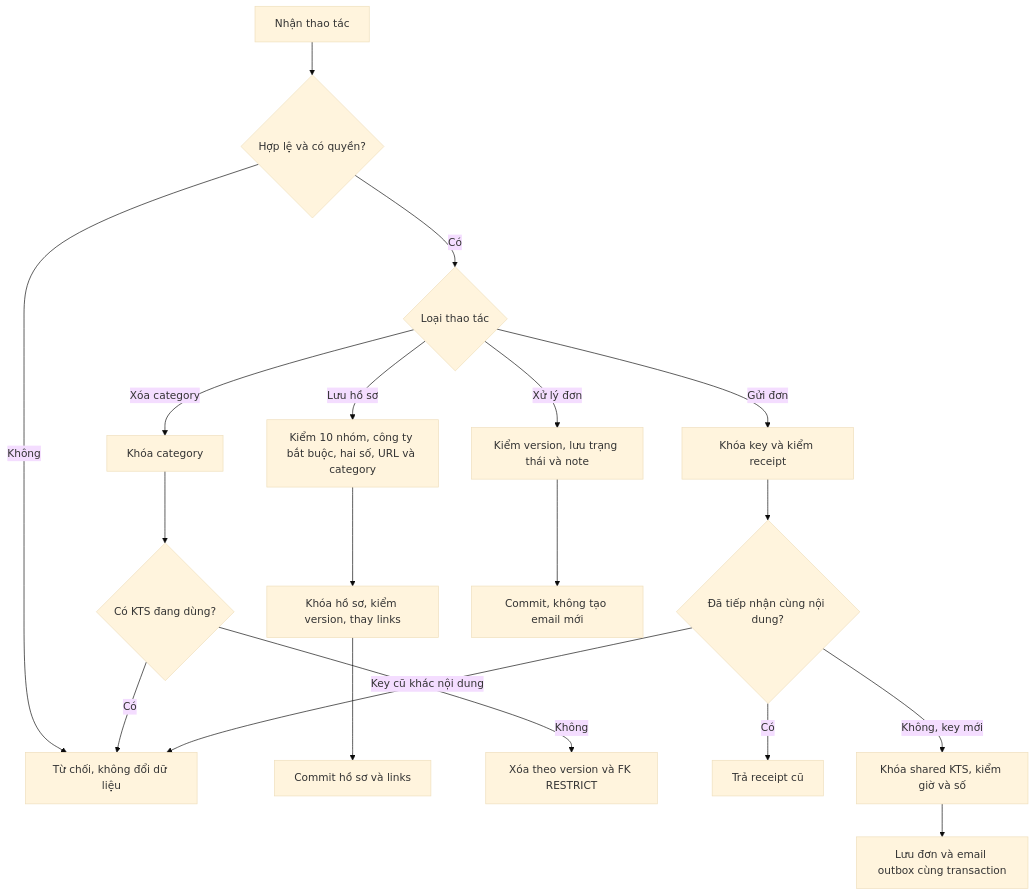
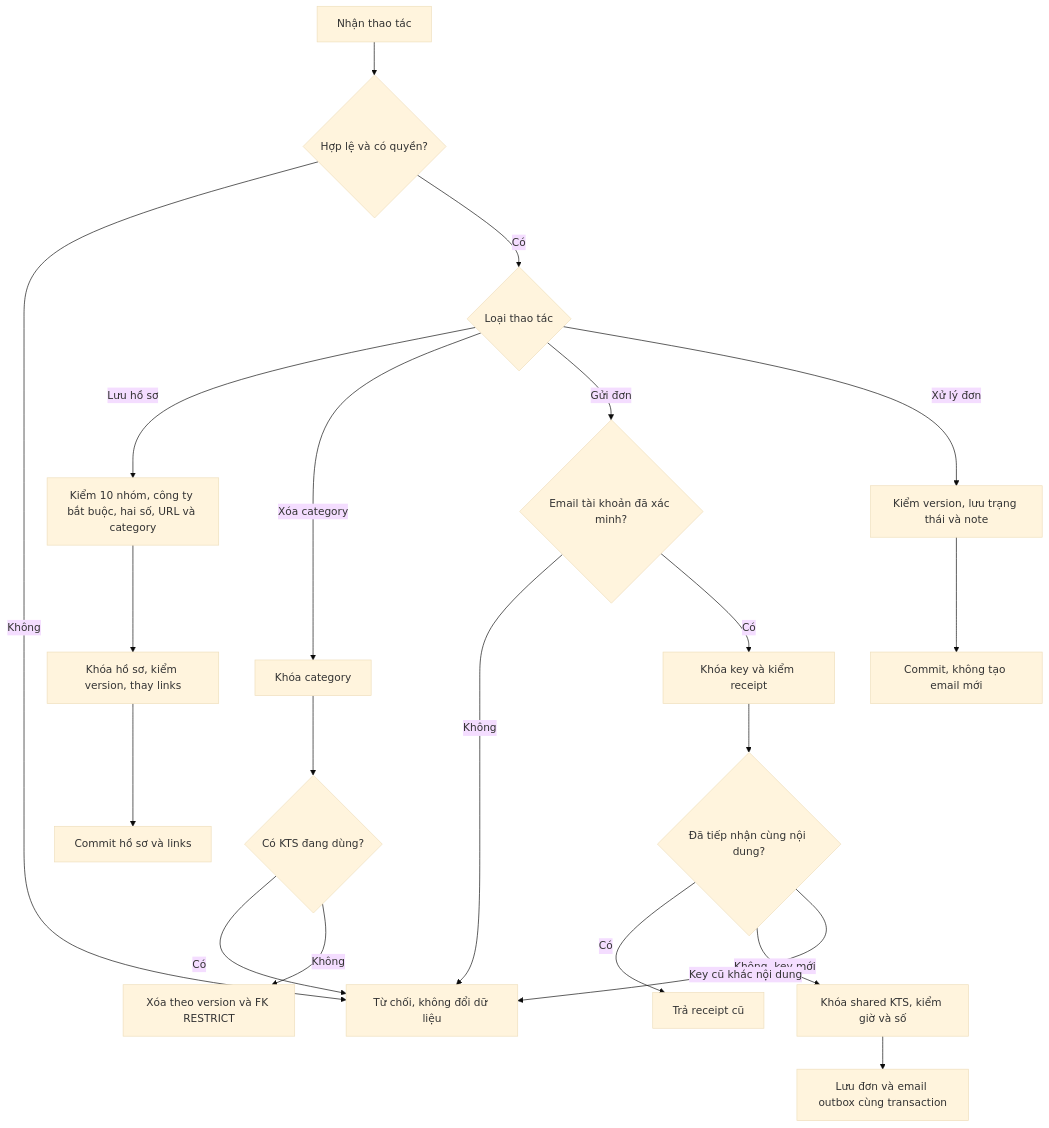
One commit to TaskCoper/bmt-documentation changed the fourth of 6 diagrams in tdd/TDD-CONSULT-001.md. Above: the diagram before and after it, drawn with Mermaid (base theme). The commit also changed other lines of this file and 6 other files, not shown here.

````diff
--- a/tdd/TDD-CONSULT-001.md
+++ b/tdd/TDD-CONSULT-001.md
@@ -285,21 +289,23 @@
 ```mermaid
 flowchart TD
     A[Nhận thao tác] --> B{Hợp lệ và có quyền?}
     B -->|Không| X[Từ chối, không đổi dữ liệu]
     B -->|Có| C{Loại thao tác}
     C -->|Lưu hồ sơ| D[Kiểm 10 nhóm, công ty bắt buộc, hai số, URL và category]
     D --> E[Khóa hồ sơ, kiểm version, thay links]
     E --> F[Commit hồ sơ và links]
     C -->|Xóa category| G[Khóa category]
     G --> H{Có KTS đang dùng?}
     H -->|Có| X
     H -->|Không| I[Xóa theo version và FK RESTRICT]
-    C -->|Gửi đơn| J[Khóa key và kiểm receipt]
+    C -->|Gửi đơn| V{Email tài khoản đã xác minh?}
+    V -->|Không| X
+    V -->|Có| J[Khóa key và kiểm receipt]
     J --> K{Đã tiếp nhận cùng nội dung?}
     K -->|Có| L[Trả receipt cũ]
     K -->|Không, key mới| M[Khóa shared KTS, kiểm giờ và số]
     K -->|Key cũ khác nội dung| X
     M --> N[Lưu đơn và email outbox cùng transaction]
     C -->|Xử lý đơn| O[Kiểm version, lưu trạng thái và note]
     O --> P[Commit, không tạo email mới]
 ```
````
